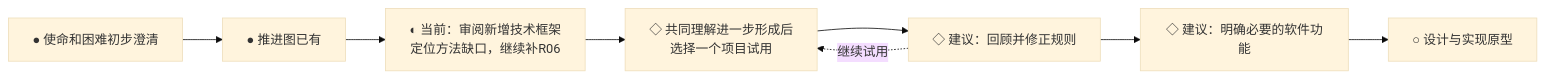
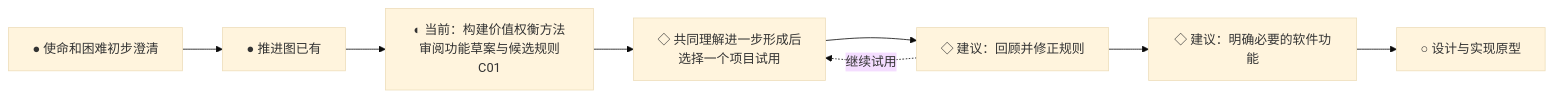
One commit to fangjiaqi2023-jpg/life-flywheel changed the second of 2 diagrams in 项目/人生飞轮/项目推进图.md. Above: the diagram before and after it, drawn with Mermaid (base theme). The commit also changed other lines of this file, not shown here.

````diff
--- a/项目/人生飞轮/项目推进图.md
+++ b/项目/人生飞轮/项目推进图.md
@@ -38,10 +38,10 @@
 ```mermaid
 flowchart LR
     P0[● 使命和困难初步澄清] --> P1[● 推进图已有]
-    P1 --> P2[◐ 当前：审阅新增技术框架<br/>定位方法缺口，继续补R06]
+    P1 --> P2[◐ 当前：构建价值权衡方法<br/>审阅功能草案与候选规则C01]
     P2 --> P3[◇ 共同理解进一步形成后<br/>选择一个项目试用]
     P3 --> P4[◇ 建议：回顾并修正规则]
     P4 --> P5[◇ 建议：明确必要的软件功能]
     P5 --> P6[○ 设计与实现原型]
     P4 -.继续试用.-> P3
 ```
````
